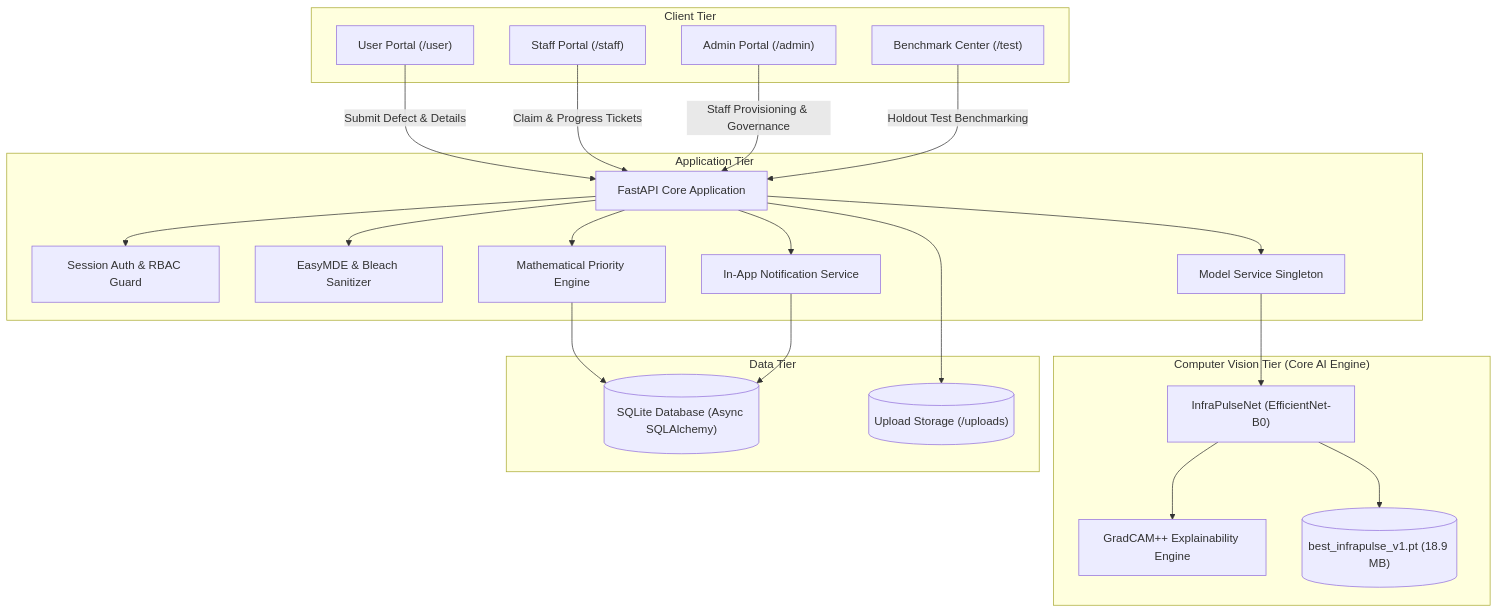
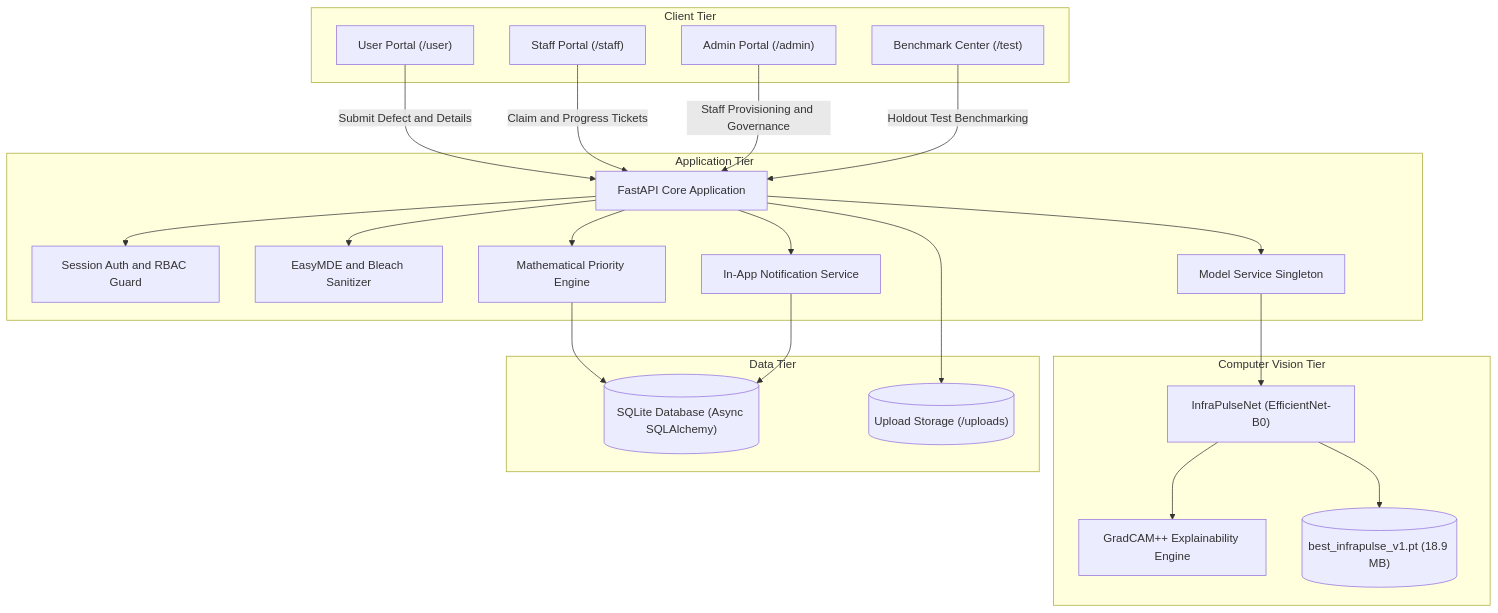
One commit to Bittu5134/InfraPulse changed the first of 5 diagrams in README.md. Above: the diagram before and after it, drawn with Mermaid. The commit also changed other lines of this file and 1 other file, not shown here.

Commit message:
docs: reorganize diagrams contextually throughout README and strip all emojis across docs

````diff
--- a/README.md
+++ b/README.md
@@ -11,47 +11,47 @@
 ```mermaid
 graph TD
     subgraph Client_Tier ["Client Tier"]
         U["User Portal (/user)"]
         S["Staff Portal (/staff)"]
         A["Admin Portal (/admin)"]
         B["Benchmark Center (/test)"]
     end
 
     subgraph Application_Tier ["Application Tier"]
         Router["FastAPI Core Application"]
-        Auth["Session Auth & RBAC Guard"]
-        MDEngine["EasyMDE & Bleach Sanitizer"]
+        Auth["Session Auth and RBAC Guard"]
+        MDEngine["EasyMDE and Bleach Sanitizer"]
         ModelService["Model Service Singleton"]
         PriorityEngine["Mathematical Priority Engine"]
         NotificationService["In-App Notification Service"]
     end
 
-    subgraph CV_Tier ["Computer Vision Tier (Core AI Engine)"]
+    subgraph CV_Tier ["Computer Vision Tier"]
         Net["InfraPulseNet (EfficientNet-B0)"]
         GradCAM["GradCAM++ Explainability Engine"]
         Weights[("best_infrapulse_v1.pt (18.9 MB)")]
     end
 
     subgraph Data_Tier ["Data Tier"]
         DB[("SQLite Database (Async SQLAlchemy)")]
         Storage[("Upload Storage (/uploads)")]
     end
 
-    U -->|Submit Defect & Details| Router
-    S -->|Claim & Progress Tickets| Router
-    A -->|Staff Provisioning & Governance| Router
+    U -->|Submit Defect and Details| Router
+    S -->|Claim and Progress Tickets| Router
+    A -->|Staff Provisioning and Governance| Router
     B -->|Holdout Test Benchmarking| Router
 
     Router --> Auth
     Router --> MDEngine
     Router --> ModelService
     ModelService --> Net
     Net --> GradCAM
     Net --> Weights
 
     Router --> PriorityEngine
     PriorityEngine --> DB
     Router --> NotificationService
     NotificationService --> DB
     Router --> Storage
 ```
````
